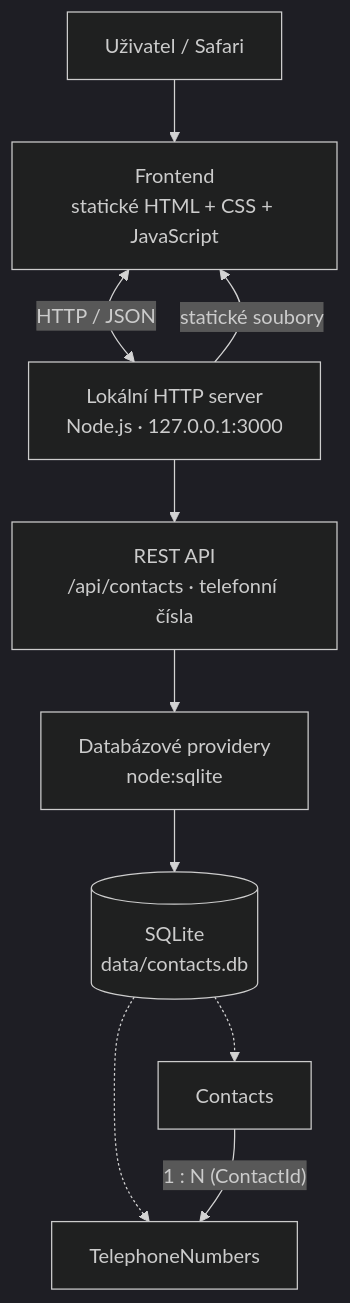
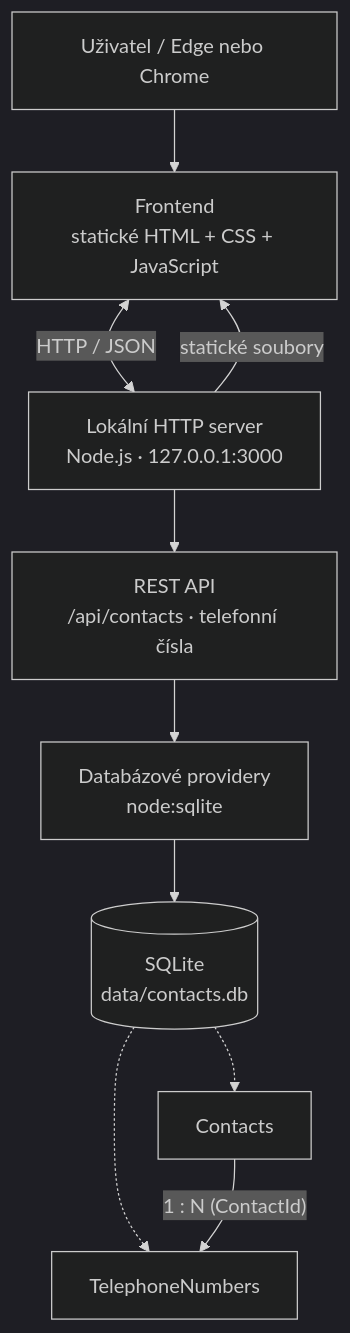
Before and after one commit to martinsajda/hriste-: the diagram in prdel/contacts-demo/README.md, drawn with Mermaid (dark theme). The commit also changed other lines of this file, not shown here.

````diff
--- a/prdel/contacts-demo/README.md
+++ b/prdel/contacts-demo/README.md
@@ -35,21 +35,21 @@
 ```mermaid
 flowchart TB
-    U["Uživatel / Safari"]
+    U["Uživatel / Edge nebo Chrome"]
     FE["Frontend<br/>statické HTML + CSS + JavaScript"]
     HTTP["Lokální HTTP server<br/>Node.js · 127.0.0.1:3000"]
     API["REST API<br/>/api/contacts · telefonní čísla"]
     DBP["Databázové providery<br/>node:sqlite"]
     DB[("SQLite<br/>data/contacts.db")]
     C["Contacts"]
     T["TelephoneNumbers"]
 
     U --> FE
     FE <-->|"HTTP / JSON"| HTTP
     HTTP -->|"statické soubory"| FE
     HTTP --> API
     API --> DBP
     DBP --> DB
     DB -.-> C
     DB -.-> T
     C -->|"1 : N (ContactId)"| T
 ```
````
